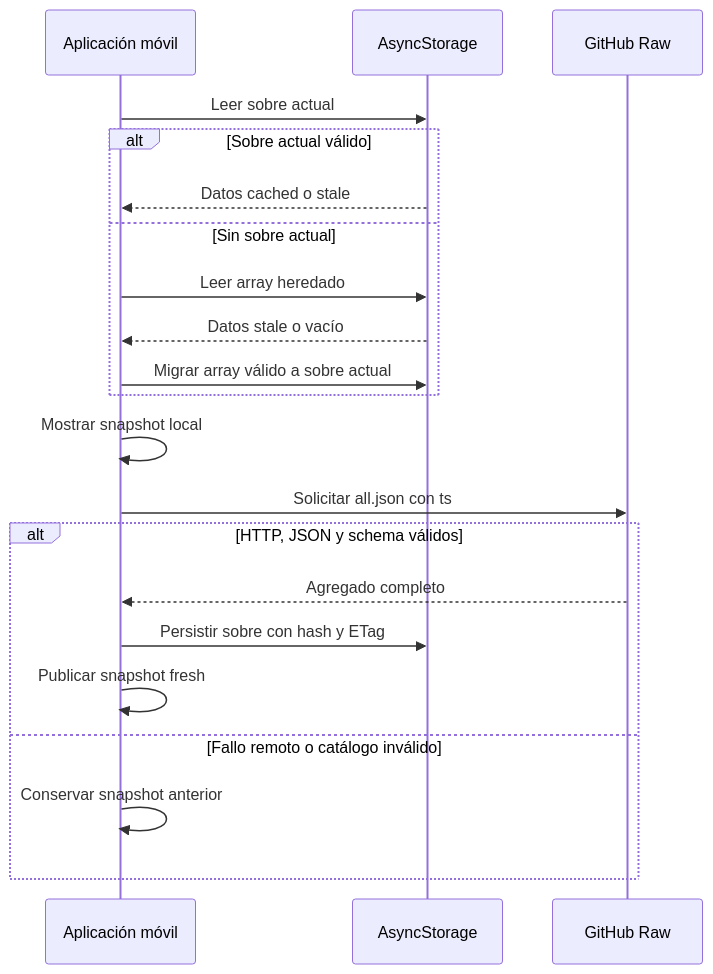
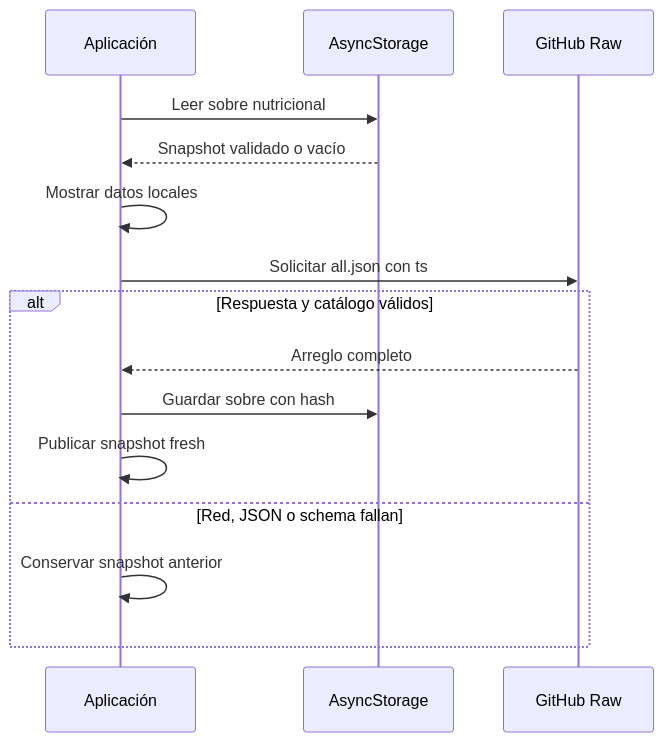
One commit to maximofn/gymnasia changed the second of 3 diagrams in openwiki/content/repositories.md. Above: the diagram before and after it, drawn with Mermaid. The commit also changed other lines of this file and 52 other files, not shown here.

````diff
--- a/openwiki/content/repositories.md
+++ b/openwiki/content/repositories.md
@@ -124,23 +108,17 @@
 ```mermaid
 sequenceDiagram
-    participant App as Aplicación móvil
-    participant Storage as AsyncStorage
+    participant App as Aplicación
+    participant Store as AsyncStorage
     participant Raw as GitHub Raw
-    App->>Storage: Leer sobre actual
-    alt Sobre actual válido
-        Storage-->>App: Datos cached o stale
-    else Sin sobre actual
-        App->>Storage: Leer array heredado
-        Storage-->>App: Datos stale o vacío
-        App->>Storage: Migrar array válido a sobre actual
-    end
-    App->>App: Mostrar snapshot local
+    App->>Store: Leer sobre nutricional
+    Store-->>App: Snapshot validado o vacío
+    App->>App: Mostrar datos locales
     App->>Raw: Solicitar all.json con ts
-    alt HTTP, JSON y schema válidos
-        Raw-->>App: Agregado completo
-        App->>Storage: Persistir sobre con hash y ETag
+    alt Respuesta y catálogo válidos
+        Raw-->>App: Arreglo completo
+        App->>Store: Guardar sobre con hash
         App->>App: Publicar snapshot fresh
-    else Fallo remoto o catálogo inválido
+    else Red, JSON o schema fallan
         App->>App: Conservar snapshot anterior
     end
 ```
````
